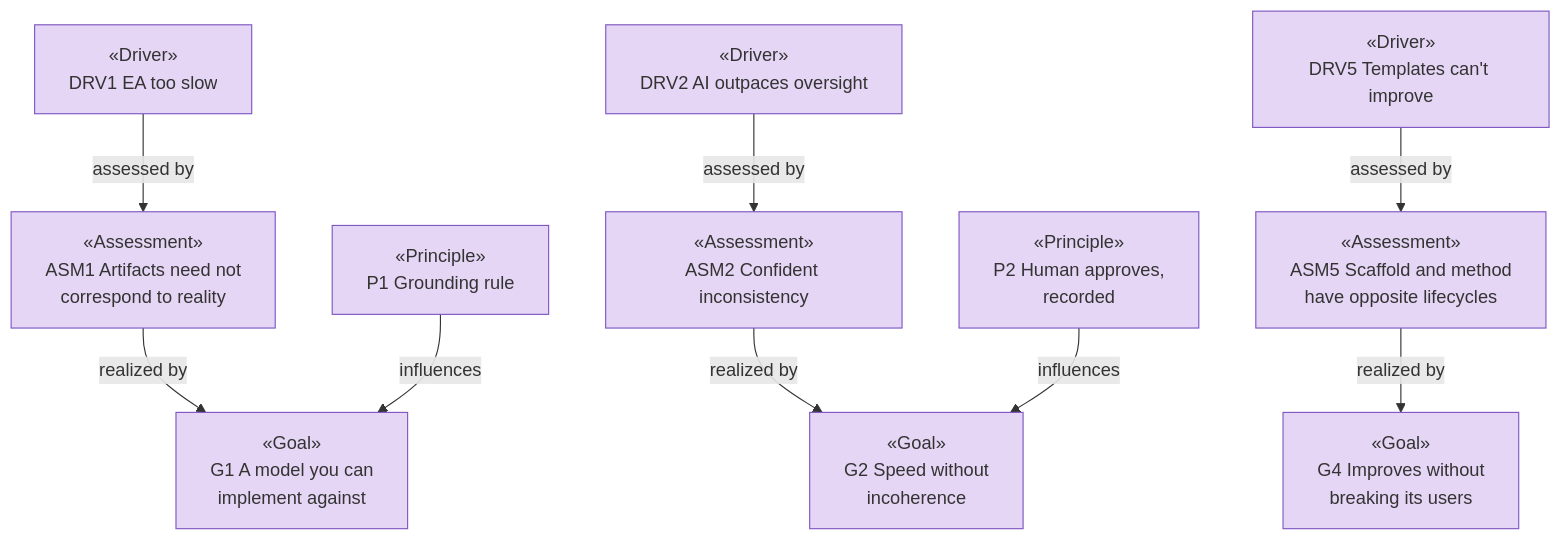
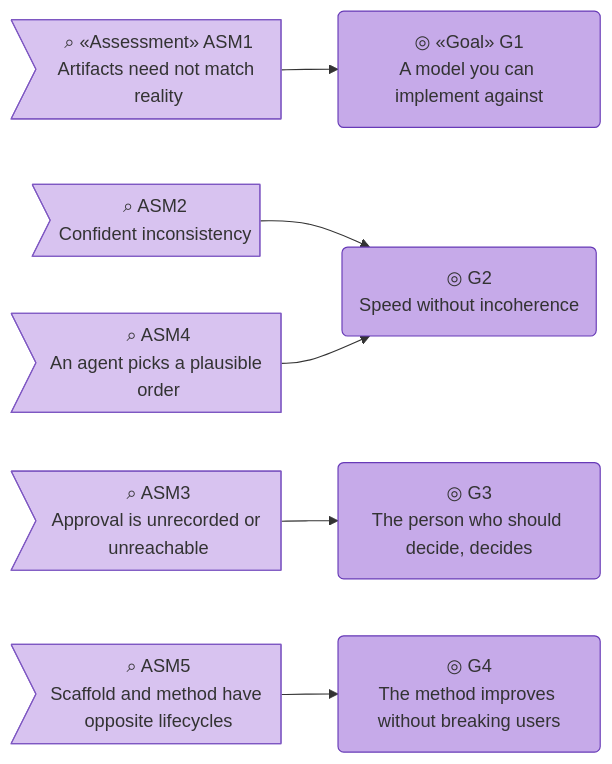
The third of 5 diagrams in meta/ea/1_strategy/1_motivation.md (roanboc/architecture-archreator), drawn with Mermaid before and after one commit. The commit also changed other lines of this file and 7 other files, not shown here.

````diff
--- a/meta/ea/1_strategy/1_motivation.md
+++ b/meta/ea/1_strategy/1_motivation.md
@@ -80,28 +100,22 @@
 ```mermaid
-flowchart TB
-  drv1["«Driver»<br>DRV1 EA too slow"]:::motivation
-  drv2["«Driver»<br>DRV2 AI outpaces oversight"]:::motivation
-  drv5["«Driver»<br>DRV5 Templates can't improve"]:::motivation
+flowchart LR
+  asm1>"⌕ «Assessment» ASM1<br>Artifacts need not match reality"]:::assessment
+  asm2>"⌕ ASM2<br>Confident inconsistency"]:::assessment
+  asm3>"⌕ ASM3<br>Approval is unrecorded or unreachable"]:::assessment
+  asm4>"⌕ ASM4<br>An agent picks a plausible order"]:::assessment
+  asm5>"⌕ ASM5<br>Scaffold and method have opposite lifecycles"]:::assessment
 
-  asm1["«Assessment»<br>ASM1 Artifacts need not<br>correspond to reality"]:::motivation
-  asm2["«Assessment»<br>ASM2 Confident inconsistency"]:::motivation
-  asm5["«Assessment»<br>ASM5 Scaffold and method<br>have opposite lifecycles"]:::motivation
+  g1("◎ «Goal» G1<br>A model you can implement against"):::goal
+  g2("◎ G2<br>Speed without incoherence"):::goal
+  g3("◎ G3<br>The person who should decide, decides"):::goal
+  g4("◎ G4<br>The method improves without breaking users"):::goal
 
-  g1["«Goal»<br>G1 A model you can<br>implement against"]:::motivation
-  g2["«Goal»<br>G2 Speed without<br>incoherence"]:::motivation
-  g4["«Goal»<br>G4 Improves without<br>breaking its users"]:::motivation
+  asm1 --> g1
+  asm2 --> g2
+  asm4 --> g2
+  asm3 --> g3
+  asm5 --> g4
 
-  p1["«Principle»<br>P1 Grounding rule"]:::motivation
-  p2["«Principle»<br>P2 Human approves,<br>recorded"]:::motivation
-
-  drv1 -->|assessed by| asm1
-  drv2 -->|assessed by| asm2
-  drv5 -->|assessed by| asm5
-  asm1 -->|realized by| g1
-  asm2 -->|realized by| g2
-  asm5 -->|realized by| g4
-  p1 -->|influences| g1
-  p2 -->|influences| g2
-
-  classDef motivation fill:#e6d6f5,stroke:#7e57c2,color:#333
+  classDef assessment fill:#d8c3f0,stroke:#7e57c2,color:#333
+  classDef goal fill:#c6aae9,stroke:#673ab7,color:#333
 ```
````
